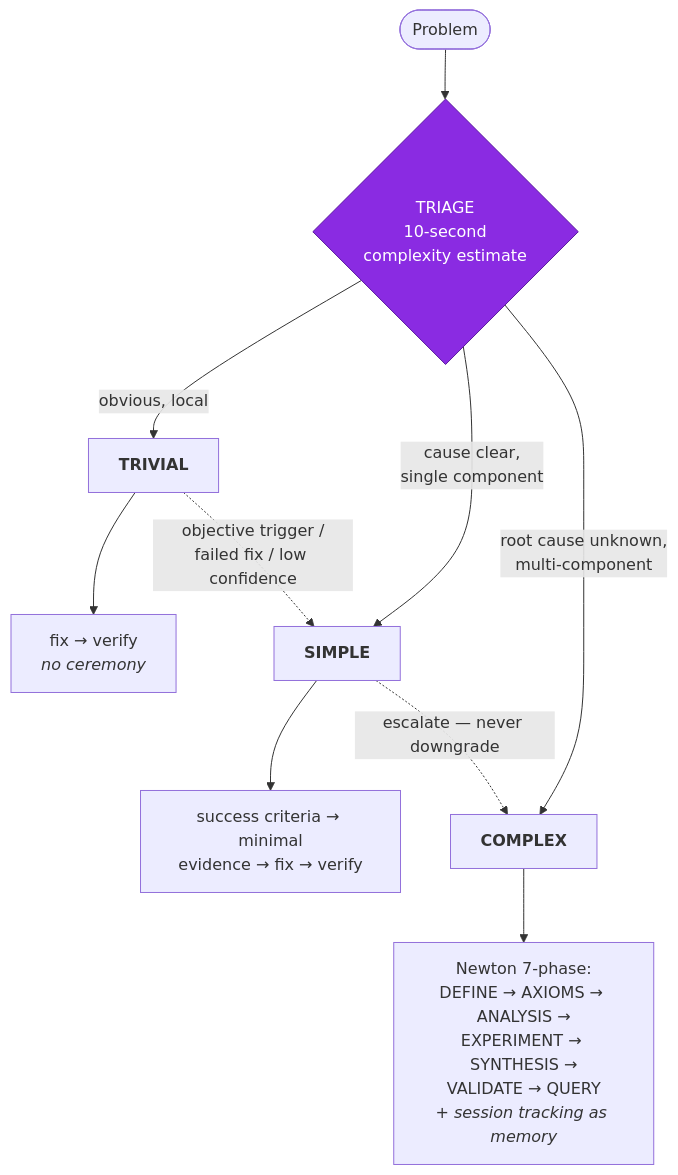
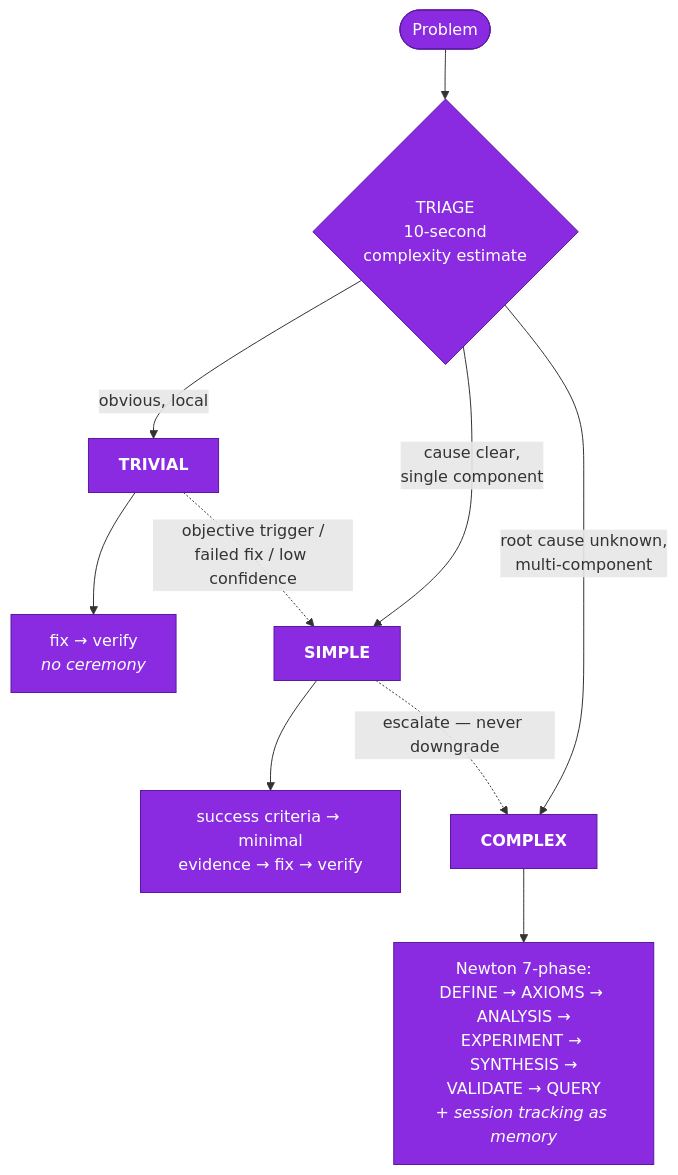
One commit to 0x2fycy3/inquisitor changed the diagram in README.md. Above: the diagram before and after it, drawn with Mermaid. The commit also changed other lines of this file, not shown here.

First line of the commit message:
docs: two-step plugin install prose + purple as default mermaid node color

````diff
--- a/README.md
+++ b/README.md
@@ -44,17 +44,16 @@
 ```mermaid
 flowchart TD
     P([Problem]) --> T{"TRIAGE<br/>10-second<br/>complexity estimate"}
     T -->|"obvious, local"| TR["<b>TRIVIAL</b>"]
     T -->|"cause clear,<br/>single component"| SI["<b>SIMPLE</b>"]
     T -->|"root cause unknown,<br/>multi-component"| CO["<b>COMPLEX</b>"]
 
     TR --> TRp["fix → verify<br/><i>no ceremony</i>"]
     SI --> SIp["success criteria → minimal<br/>evidence → fix → verify"]
     CO --> COp["Newton 7-phase:<br/>DEFINE → AXIOMS → ANALYSIS →<br/>EXPERIMENT → SYNTHESIS →<br/>VALIDATE → QUERY<br/><i>+ session tracking as memory</i>"]
 
     TR -.->|"objective trigger /<br/>failed fix / low confidence"| SI
     SI -.->|"escalate — never downgrade"| CO
 
-    classDef triage fill:#8A2BE2,stroke:#5a1a9e,color:#fff
-    class T triage
+    classDef default fill:#8A2BE2,stroke:#5a1a9e,color:#fff
 ```
````
